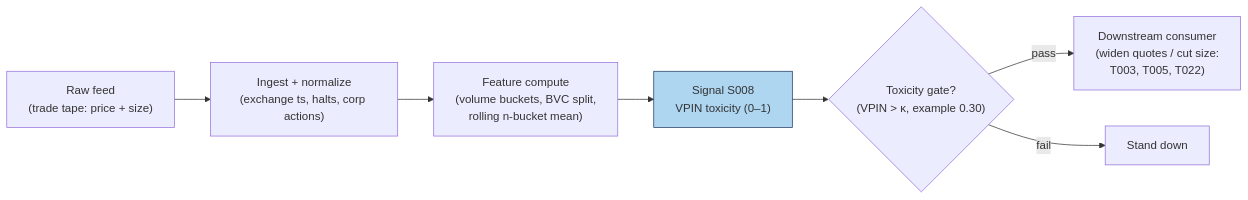
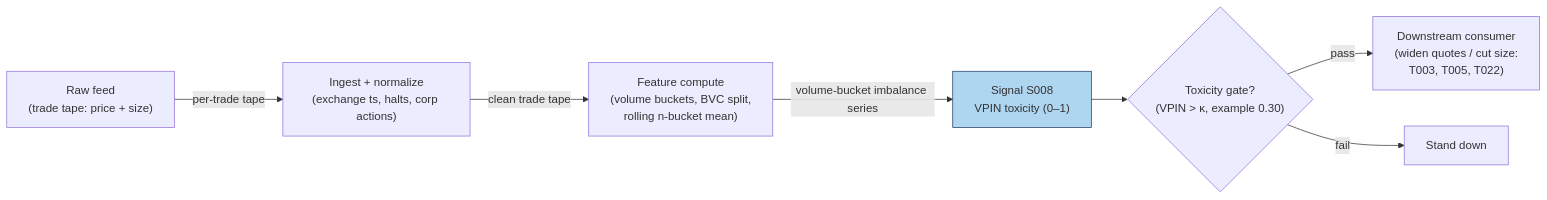
One commit to praveenguptahcl/quant-signals-deep changed the diagram in batches/SB1/S008.md. Above: the diagram before and after it, drawn with Mermaid. The commit also changed other lines of this file and 367 other files, not shown here.

````diff
--- a/batches/SB1/S008.md
+++ b/batches/SB1/S008.md
@@ -271,10 +288,10 @@
 ```mermaid
 flowchart LR
-    FEED["Raw feed\n(trade tape: price + size)"] --> ING["Ingest + normalize\n(exchange ts, halts, corp actions)"]
-    ING --> FEAT["Feature compute\n(volume buckets, BVC split,\nrolling n-bucket mean)"]
-    FEAT --> SIG["Signal S008\nVPIN toxicity (0–1)"]
+    FEED["Raw feed\n(trade tape: price + size)"] -->|per-trade tape| ING["Ingest + normalize\n(exchange ts, halts, corp actions)"]
+    ING -->|clean trade tape| FEAT["Feature compute\n(volume buckets, BVC split,\nrolling n-bucket mean)"]
+    FEAT -->|volume-bucket imbalance series| SIG["Signal S008\nVPIN toxicity (0–1)"]
     SIG --> GATE{"Toxicity gate?\n(VPIN > κ, example 0.30)"}
     GATE -->|pass| OUT["Downstream consumer\n(widen quotes / cut size:\nT003, T005, T022)"]
     GATE -->|fail| DROP["Stand down"]
     style SIG fill:#aed6f1,stroke:#1f3a5f
 ```
````
